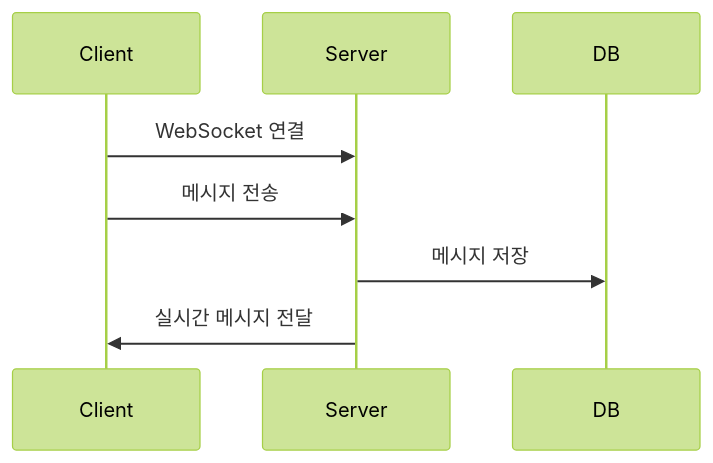
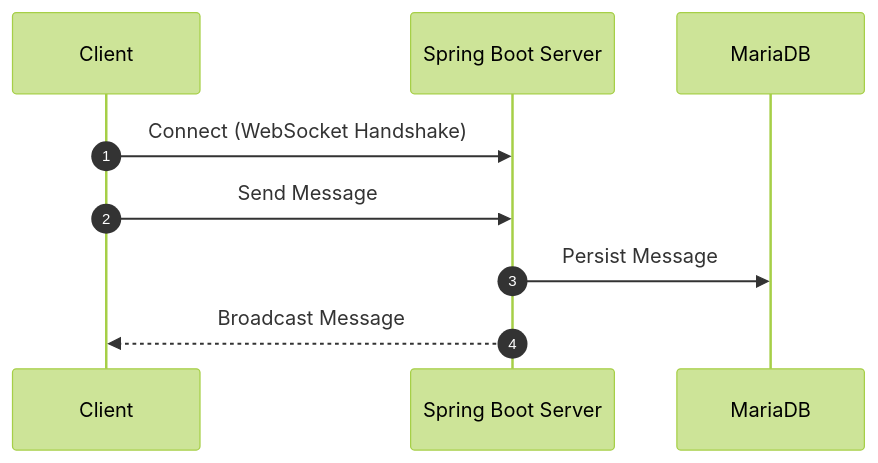
The second of 3 diagrams in README.md (SU-Talk/sutalk-backend), drawn with Mermaid (forest theme) before and after one commit. The commit also changed other lines of this file, not shown here.

````diff
--- a/README.md
+++ b/README.md
@@ -114,11 +105,13 @@
 ```mermaid
 sequenceDiagram
-    participant Client
-    participant Server
-    participant DB
+    autonumber
+    participant C as Client
+    participant S as Spring Boot Server
+    participant D as MariaDB
 
-    Client->>Server: WebSocket 연결
-    Client->>Server: 메시지 전송
-    Server->>DB: 메시지 저장
-    Server->>Client: 실시간 메시지 전달
+    C->>S: Connect (WebSocket Handshake)
+    C->>S: Send Message
+    S->>D: Persist Message
+    S-->>C: Broadcast Message
+
 ```
````
